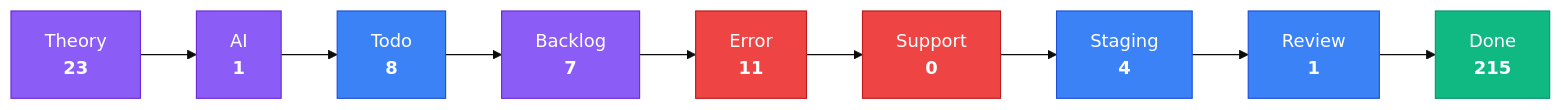
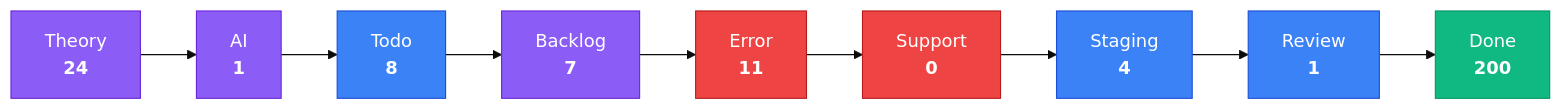
One commit to KBVE/kbve changed the third of 4 diagrams in apps/kbve/astro-kbve/src/content/docs/dashboard/kanban-data.mdx. Above: the diagram before and after it, drawn with Mermaid (base theme). The commit also changed other lines of this file and 8 other files, not shown here.

````diff
--- a/apps/kbve/astro-kbve/src/content/docs/dashboard/kanban-data.mdx
+++ b/apps/kbve/astro-kbve/src/content/docs/dashboard/kanban-data.mdx
@@ -80,28 +80,28 @@
 ```mermaid
 flowchart LR
     classDef planning fill:#8b5cf6,stroke:#6d28d9,color:#fff
     classDef active fill:#3b82f6,stroke:#1d4ed8,color:#fff
     classDef blocked fill:#ef4444,stroke:#b91c1c,color:#fff
     classDef done fill:#10b981,stroke:#059669,color:#fff
-    Theory["Theory<br/><strong>23</strong>"]
+    Theory["Theory<br/><strong>24</strong>"]
     Theory --> AI
     AI["AI<br/><strong>1</strong>"]
     AI --> Todo
     Todo["Todo<br/><strong>8</strong>"]
     Todo --> Backlog
     Backlog["Backlog<br/><strong>7</strong>"]
     Backlog --> Error
     Error["Error<br/><strong>11</strong>"]
     Error --> Support
     Support["Support<br/><strong>0</strong>"]
     Support --> Staging
     Staging["Staging<br/><strong>4</strong>"]
     Staging --> Review
     Review["Review<br/><strong>1</strong>"]
     Review --> Done
-    Done["Done<br/><strong>215</strong>"]
+    Done["Done<br/><strong>200</strong>"]
     class Theory,AI,Backlog planning
     class Todo,Staging,Review active
     class Error,Support blocked
     class Done done
 ```
````
